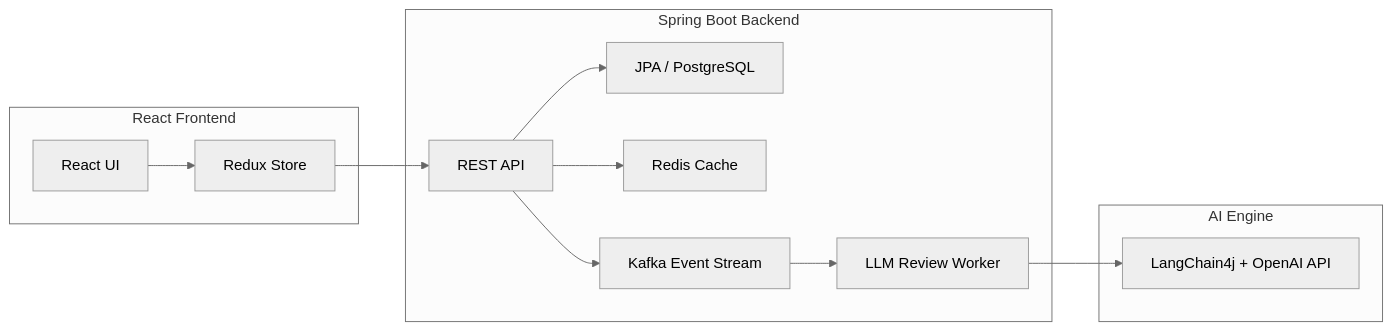
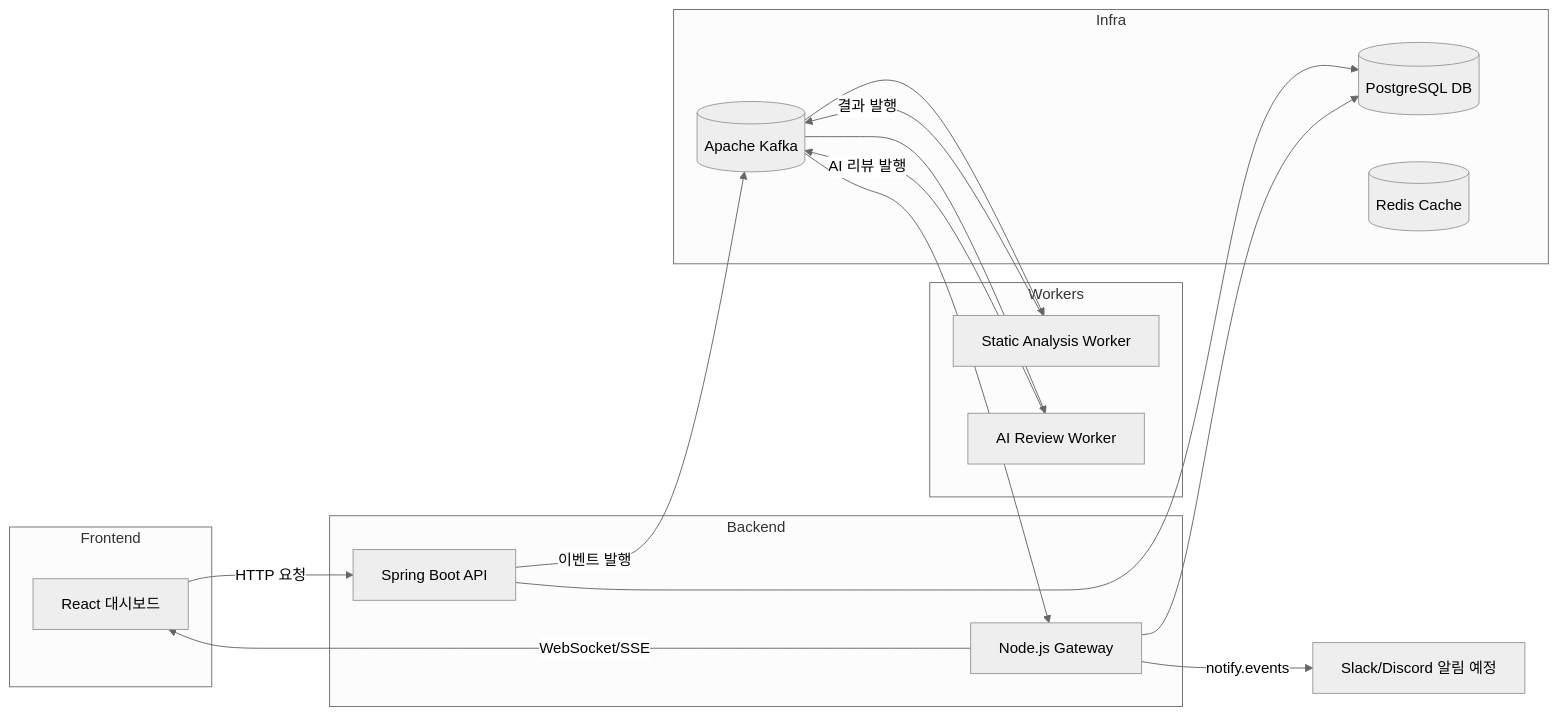
Before and after one commit to jeongggggg/ai-collab: the diagram in README.md, drawn with Mermaid (neutral theme). The commit also changed other lines of this file, not shown here.

````diff
--- a/README.md
+++ b/README.md
@@ -78,18 +69,35 @@
 ```mermaid
 flowchart LR
-    subgraph Frontend[React Frontend]
-    A[React UI] --> B[Redux Store]
+    subgraph Frontend
+        A[React 대시보드]
     end
 
-    subgraph Backend[Spring Boot Backend]
-    B --> C[REST API]
-    C --> D[JPA / PostgreSQL]
-    C --> E[Redis Cache]
-    C --> F[Kafka Event Stream]
-    F --> G[LLM Review Worker]
+    subgraph Backend
+        B[Spring Boot API]
+        C[Node.js Gateway]
     end
 
-    subgraph AI[AI Engine]
-    G --> H[LangChain4j + OpenAI API]
+    subgraph Workers
+        D[Static Analysis Worker]
+        E[AI Review Worker]
     end
+
+    subgraph Infra
+        F[(Apache Kafka)]
+        G[(PostgreSQL DB)]
+        H[(Redis Cache)]
+    end
+
+    A -->|HTTP 요청| B
+    B -->|이벤트 발행| F
+    F --> D
+    D -->|결과 발행| F
+    F --> E
+    E -->|AI 리뷰 발행| F
+    F --> C
+    C -->|WebSocket/SSE| A
+    C -->|notify.events| I[Slack/Discord 알림 예정]
+    B --> G
+    C --> G
+
 ```
````
